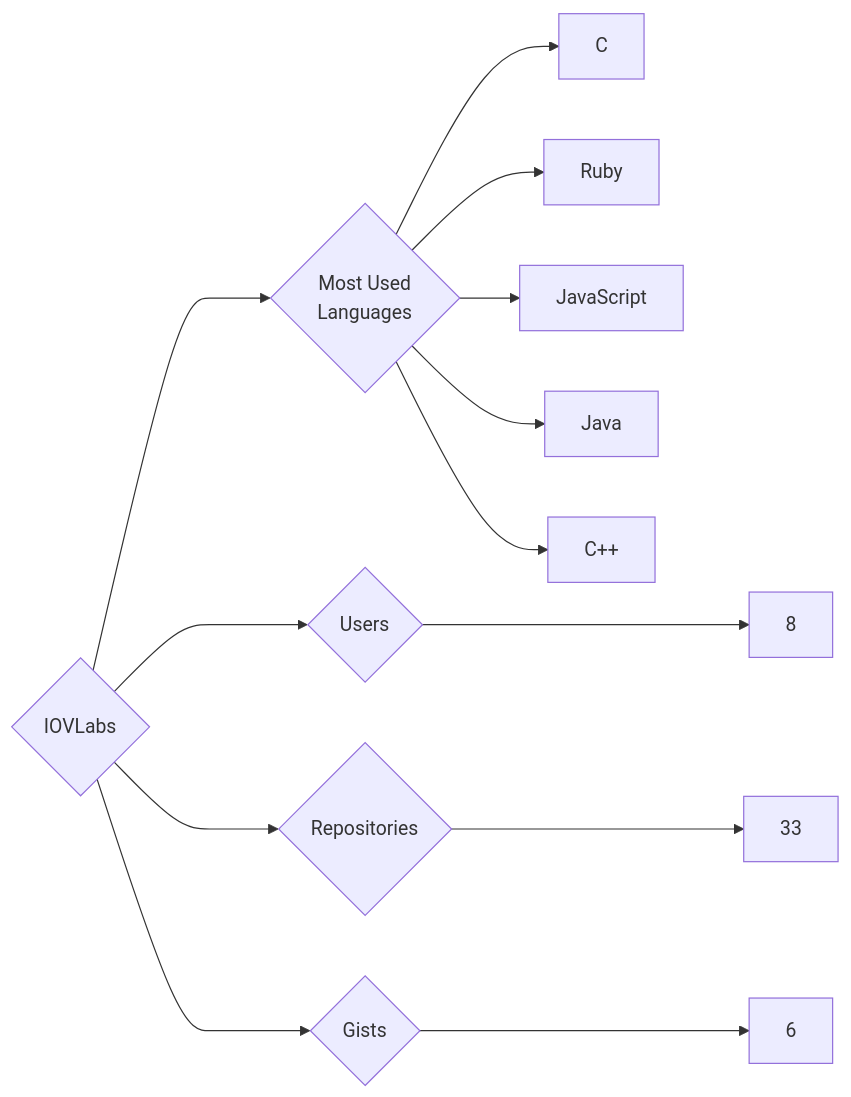
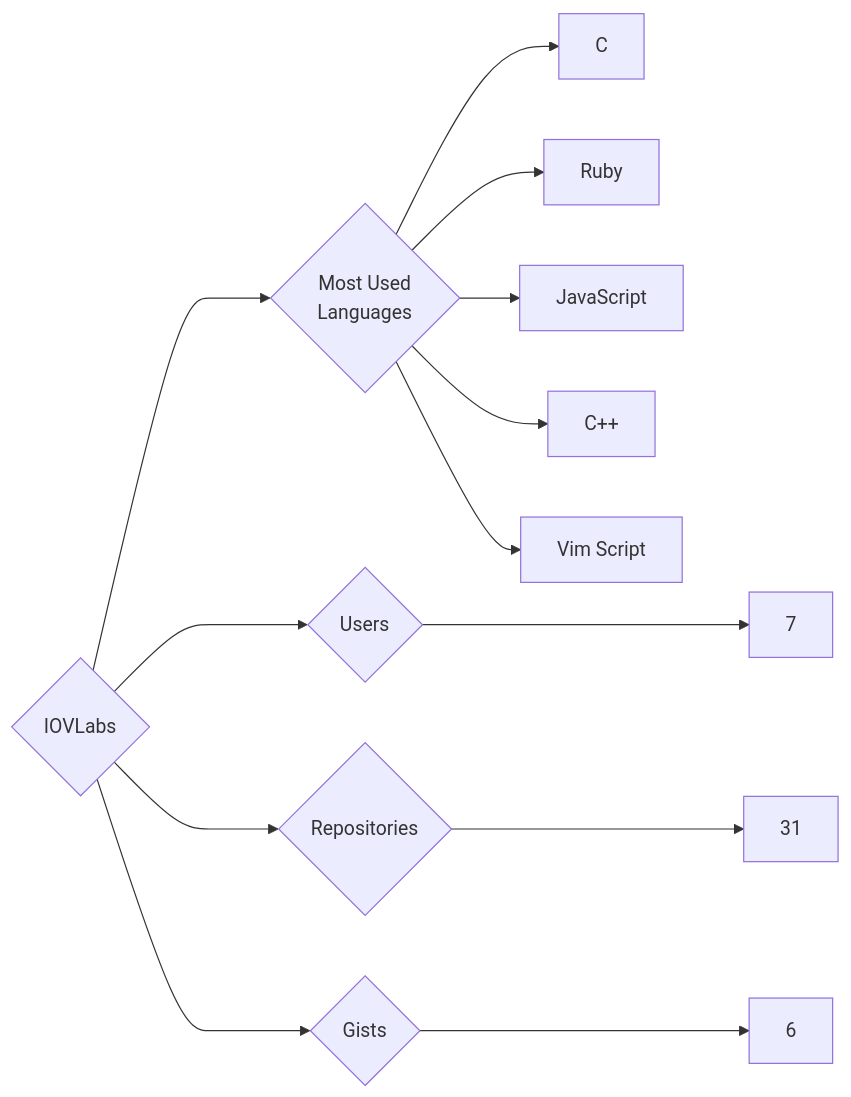
One commit to trickest/insiders changed the diagram in targets/IOVLabs/README.md. Above: the diagram before and after it, drawn with Mermaid. The commit also changed 1089 other files, not shown here.

````diff
--- a/targets/IOVLabs/README.md
+++ b/targets/IOVLabs/README.md
@@ -3,13 +3,13 @@
 ```mermaid
 graph LR
 COMPANY_NAME{IOVLabs}
-COMPANY_NAME ---> U{Users} ---> UN[8]
-COMPANY_NAME ---> R{Repositories} ---> RN[33]
+COMPANY_NAME ---> U{Users} ---> UN[7]
+COMPANY_NAME ---> R{Repositories} ---> RN[31]
 COMPANY_NAME ---> G{Gists} ---> GN[6]
 COMPANY_NAME ---> ML{Most Used<br>Languages}
 ML --> C[C]
 ML --> Ruby[Ruby]
 ML --> JavaScript[JavaScript]
-ML --> Java[Java]
 ML --> C++[C++]
+ML --> Vim_Script[Vim Script]
 ```
````
